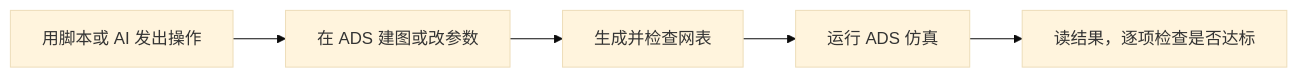
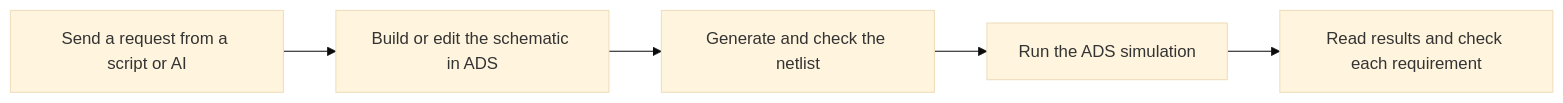
Before and after one commit to Raven49963/ADS-Bridge: the diagram in README.md, drawn with Mermaid (base theme). The commit also changed other lines of this file and 3 other files, not shown here.

````diff
--- a/README.md
+++ b/README.md
@@ -26,7 +26,7 @@
 ```mermaid
 flowchart LR
-    A["用脚本或 AI 发出操作"] --> B["在 ADS 建图或改参数"]
-    B --> C["生成并检查网表"]
-    C --> D["运行 ADS 仿真"]
-    D --> E["读结果，逐项检查是否达标"]
+    A["Send a request from a script or AI"] --> B["Build or edit the schematic in ADS"]
+    B --> C["Generate and check the netlist"]
+    C --> D["Run the ADS simulation"]
+    D --> E["Read results and check each requirement"]
 ```
````
